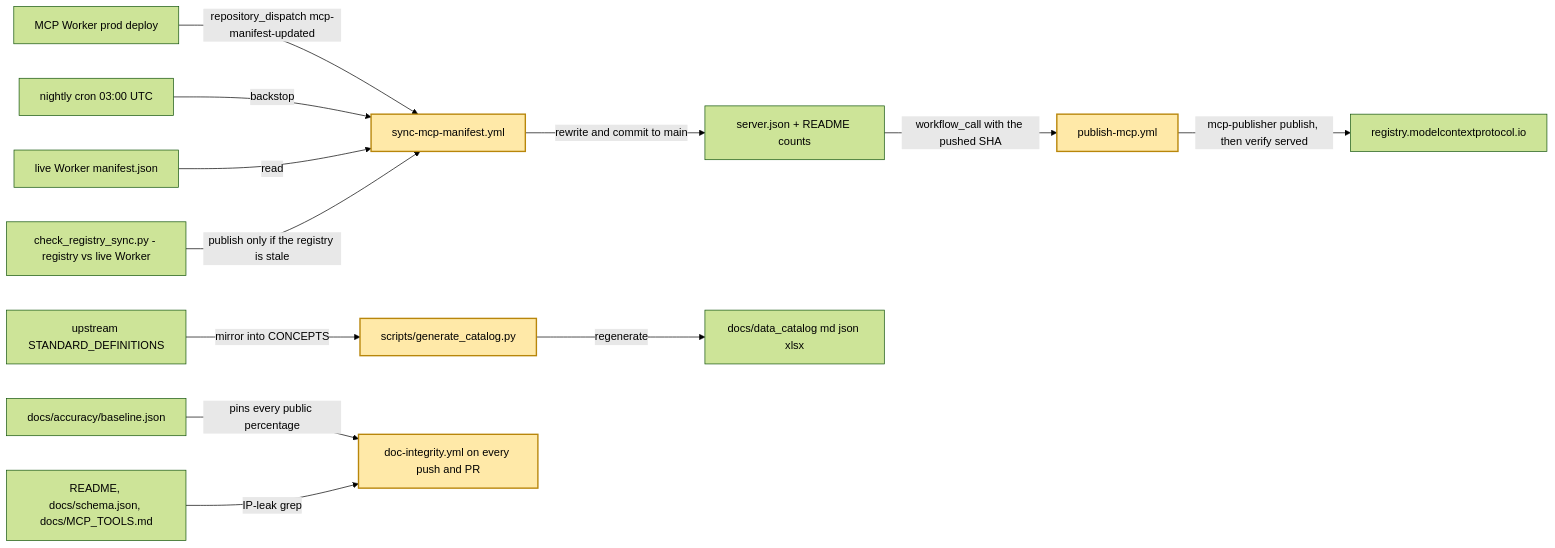
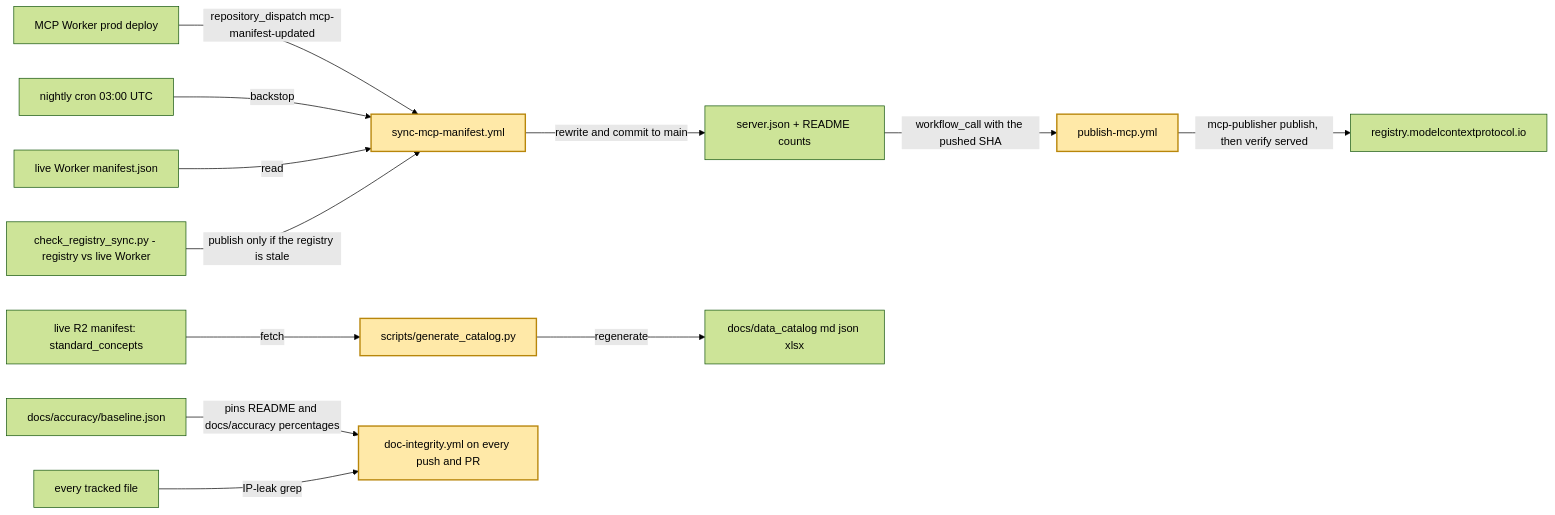
The second of 2 diagrams in ARCHITECTURE.md (valuein/valuein), drawn with Mermaid (forest theme) before and after one commit. The commit also changed other lines of this file and 2 other files, not shown here.

````diff
--- a/ARCHITECTURE.md
+++ b/ARCHITECTURE.md
@@ -47,16 +47,16 @@
 ```mermaid
 flowchart LR
   W["MCP Worker prod deploy"] -->|"repository_dispatch mcp-manifest-updated"| S["sync-mcp-manifest.yml"]
   N["nightly cron 03:00 UTC"] -->|"backstop"| S
   L["live Worker manifest.json"] -->|"read"| S
   K["check_registry_sync.py - registry vs live Worker"] -->|"publish only if the registry is stale"| S
   S -->|"rewrite and commit to main"| J["server.json + README counts"]
   J -->|"workflow_call with the pushed SHA"| P["publish-mcp.yml"]
   P -->|"mcp-publisher publish, then verify served"| R["registry.modelcontextprotocol.io"]
-  D["upstream STANDARD_DEFINITIONS"] -->|"mirror into CONCEPTS"| G["scripts/generate_catalog.py"]
+  D["live R2 manifest: standard_concepts"] -->|"fetch"| G["scripts/generate_catalog.py"]
   G -->|"regenerate"| C["docs/data_catalog md json xlsx"]
-  B["docs/accuracy/baseline.json"] -->|"pins every public percentage"| I["doc-integrity.yml on every push and PR"]
-  A["README, docs/schema.json, docs/MCP_TOOLS.md"] -->|"IP-leak grep"| I
+  B["docs/accuracy/baseline.json"] -->|"pins README and docs/accuracy percentages"| I["doc-integrity.yml on every push and PR"]
+  A["every tracked file"] -->|"IP-leak grep"| I
   classDef here fill:#ffe9a8,stroke:#b8860b,stroke-width:2px,color:#000
   class S,P,G,I here
 ```
````
